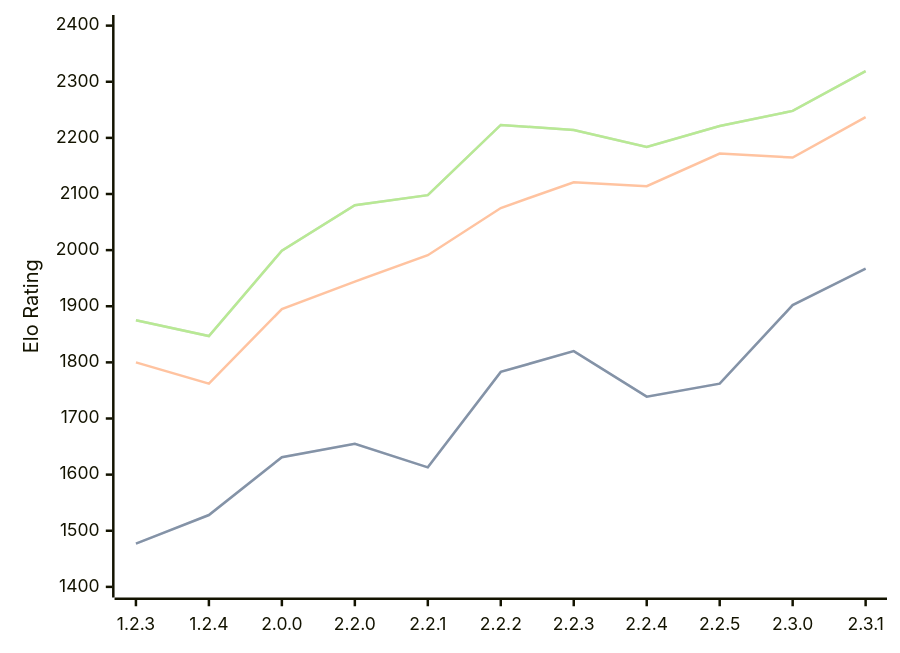
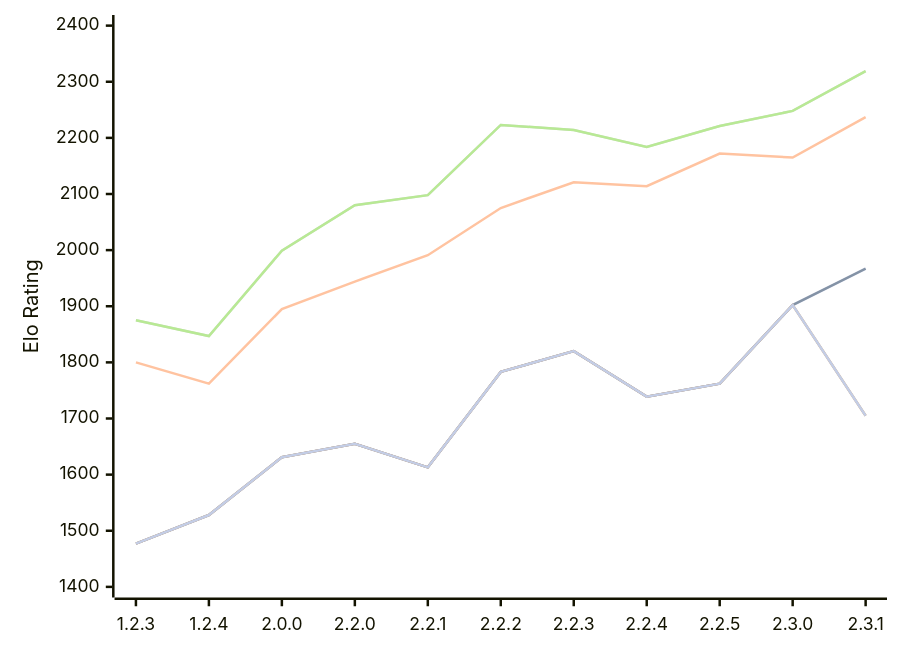
The diagram in engines/Kreveta.md (computer-chess-index/cci), drawn with Mermaid before and after one commit. The commit also changed other lines of this file, not shown here.

Commit message:
Update CCI Ratings (ELO VLTC) - 2026-10-11

````diff
--- a/engines/Kreveta.md
+++ b/engines/Kreveta.md
@@ -57,16 +57,13 @@
 ```mermaid
 %%{init: {"theme":"base","themeVariables":{"seriesColors:['#a3a3a3','#222221','#faa371']}}}%%
 xychart-beta
   x-axis ["1.2.3", "1.2.4", "2.0.0", "2.2.0", "2.2.1", "2.2.2", "2.2.3", "2.2.4", "2.2.5", "2.3.0", "2.3.1"]
   y-axis "Elo Rating" 1400 --> 2400
   line "" [1477, 1528, 1631, 1655, 1613, 1783, 1820, 1739, 1762, 1902, 1967]
   line "T1: STC (8.0+0.08s)" [1477, 1528, 1631, 1655, 1613, 1783, 1820, 1739, 1762, 1902, 1967]
   line "T1: LTC (60.0+0.60s)" [1800, 1762, 1895, 1944, 1991, 2075, 2121, 2114, 2172, 2165, 2237]
   line "" [1875, 1847, 1999, 2080, 2098, 2223, 2214, 2184, 2221, 2248, 2319]
   line "T1: VLTC (2m24s+1.12s)" [1875, 1847, 1999, 2080, 2098, 2223, 2214, 2184, 2221, 2248, 2319]
-  line "" [1696]
-  line "E1: STC (8.0+0.08s)" [1696]
-  line "E1: LTC (60.0+0.60s)" [2066]
-  line "" [2198]
-  line "E1: VLTC (2m24s+1.12s)" [2198]
+  line "" [1477, 1528, 1631, 1655, 1613, 1783, 1820, 1739, 1762, 1902,1705]
+  line "E1: STC (8.0+0.08s)" [1477, 1528, 1631, 1655, 1613, 1783, 1820, 1739, 1762, 1902,1705]
 ```
````
